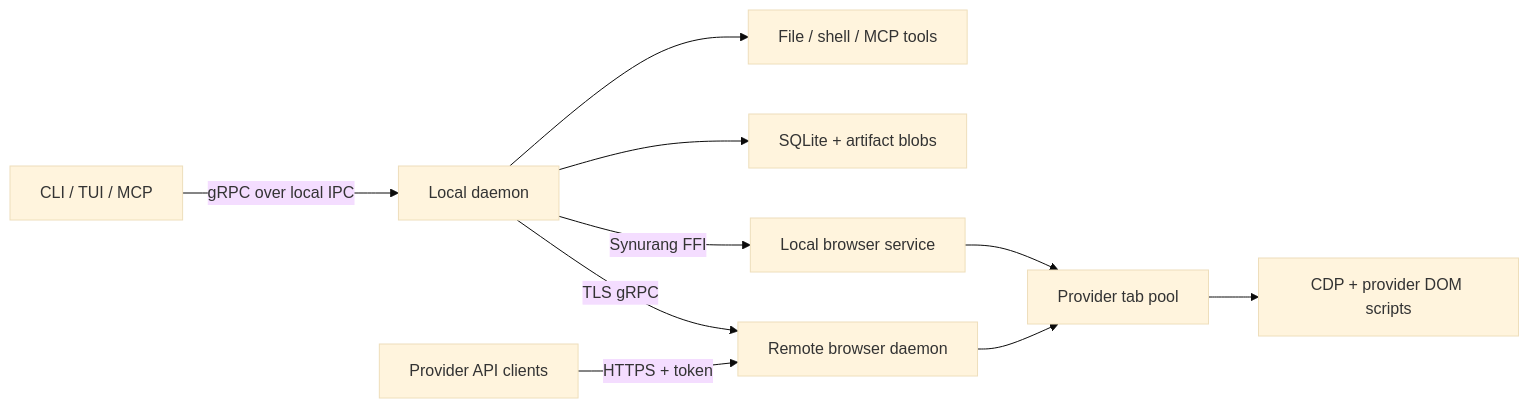
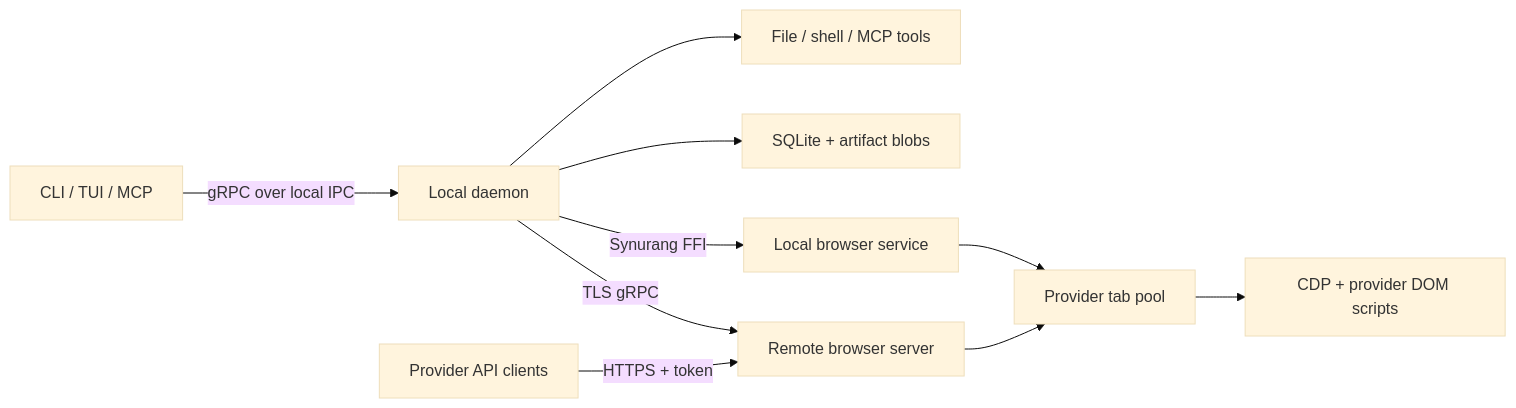
The diagram in docs/architecture.md (ivere27/anticrumb), drawn with Mermaid (base theme) before and after one commit. The commit also changed 56 other files, not shown here.

````diff
--- a/docs/architecture.md
+++ b/docs/architecture.md
@@ -5,12 +5,12 @@
 ```mermaid
 flowchart LR
     Clients["CLI / TUI / MCP"] -->|"gRPC over local IPC"| Workspace["Local daemon"]
     Workspace --> Tools["File / shell / MCP tools"]
     Workspace --> Store["SQLite + artifact blobs"]
     Workspace -->|"Synurang FFI"| Local["Local browser service"]
-    Workspace -->|"TLS gRPC"| Remote["Remote browser daemon"]
+    Workspace -->|"TLS gRPC"| Remote["Remote browser server"]
     API["Provider API clients"] -->|"HTTPS + token"| Remote
     Local --> Pool["Provider tab pool"]
     Remote --> Pool
     Pool --> Chrome["CDP + provider DOM scripts"]
 ```
````
